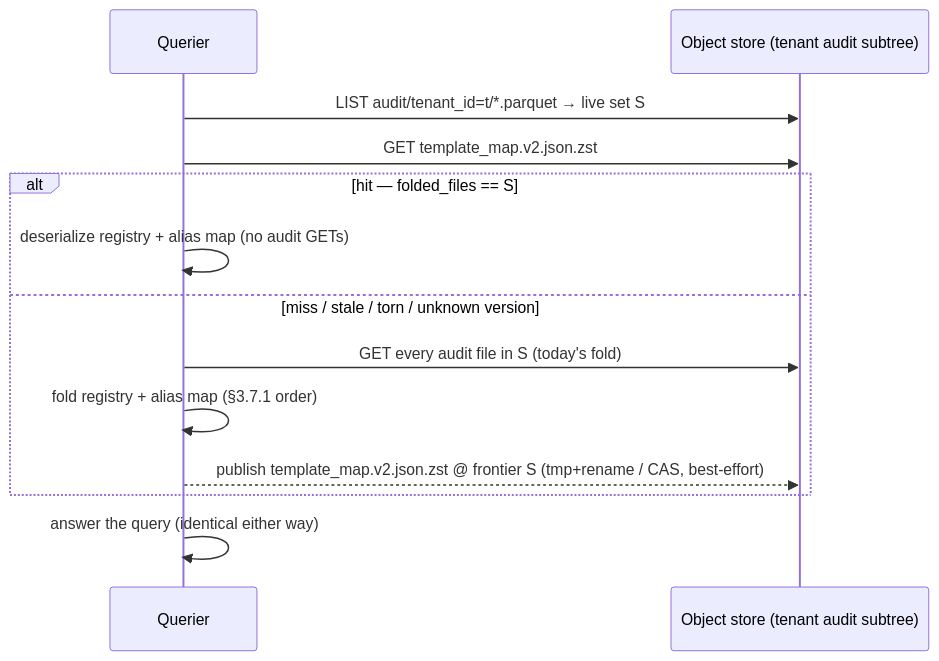
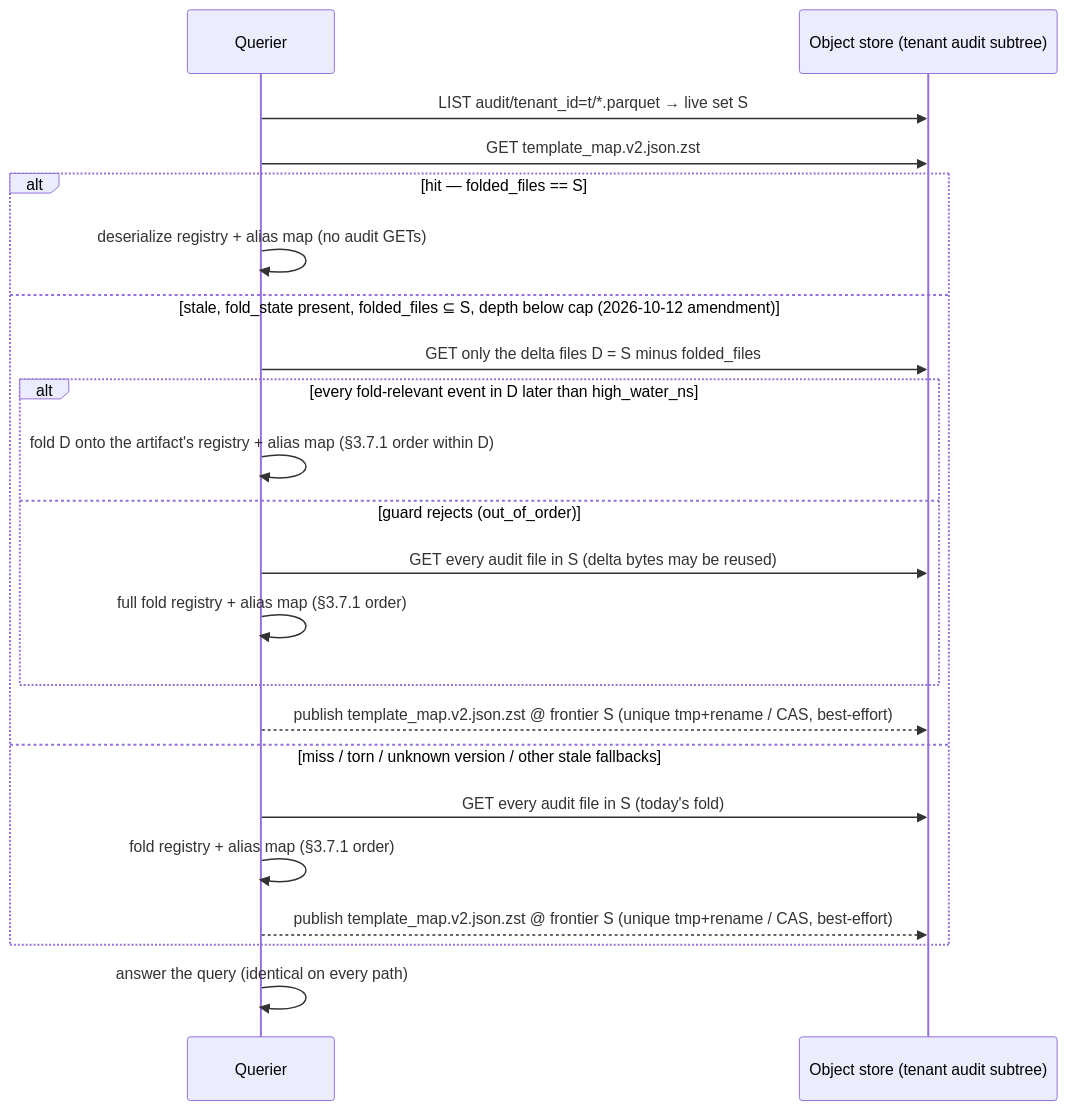
Before and after one commit to jensholdgaard/ourios: the diagram in docs/rfcs/0033-cached-template-map.md, drawn with Mermaid. The commit also changed other lines of this file, not shown here.

First line of the commit message:
docs(rfc): spell out delta ordering, gate criteria on abstention, redraw the §3.4 diagram

````diff
--- a/docs/rfcs/0033-cached-template-map.md
+++ b/docs/rfcs/0033-cached-template-map.md
@@ -683,15 +693,24 @@
 ```mermaid
 sequenceDiagram
     participant Q as Querier
     participant FS as Object store (tenant audit subtree)
     Q->>FS: LIST audit/tenant_id=t/*.parquet → live set S
     Q->>FS: GET template_map.v2.json.zst
     alt hit — folded_files == S
         Q->>Q: deserialize registry + alias map (no audit GETs)
-    else miss / stale / torn / unknown version
+    else stale, fold_state present, folded_files ⊆ S, depth below cap (2026-10-12 amendment)
+        Q->>FS: GET only the delta files D = S minus folded_files
+        alt every fold-relevant event in D later than high_water_ns
+            Q->>Q: fold D onto the artifact's registry + alias map (§3.7.1 order within D)
+        else guard rejects (out_of_order)
+            Q->>FS: GET every audit file in S (delta bytes may be reused)
+            Q->>Q: full fold registry + alias map (§3.7.1 order)
+        end
+        Q-->>FS: publish template_map.v2.json.zst @ frontier S (unique tmp+rename / CAS, best-effort)
+    else miss / torn / unknown version / other stale fallbacks
         Q->>FS: GET every audit file in S (today's fold)
         Q->>Q: fold registry + alias map (§3.7.1 order)
-        Q-->>FS: publish template_map.v2.json.zst @ frontier S (tmp+rename / CAS, best-effort)
+        Q-->>FS: publish template_map.v2.json.zst @ frontier S (unique tmp+rename / CAS, best-effort)
     end
-    Q->>Q: answer the query (identical either way)
+    Q->>Q: answer the query (identical on every path)
 ```
````
